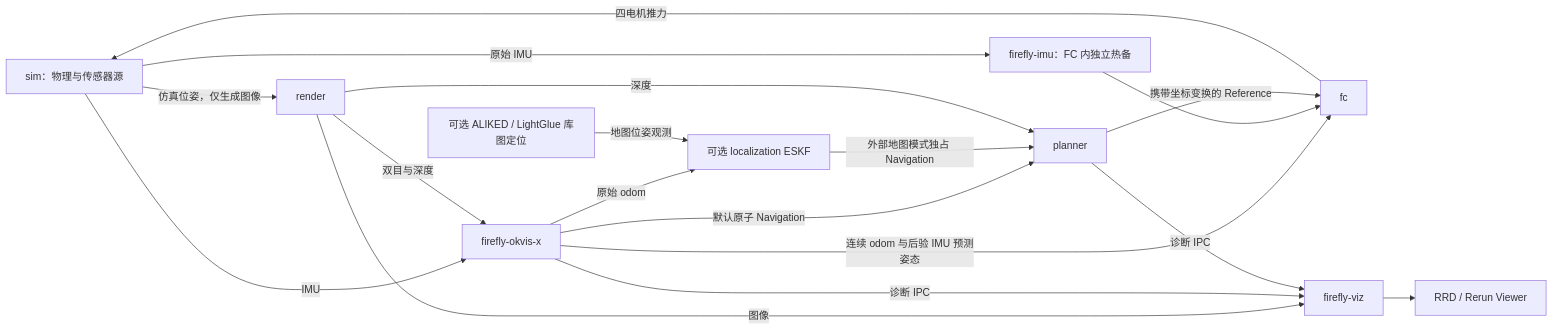
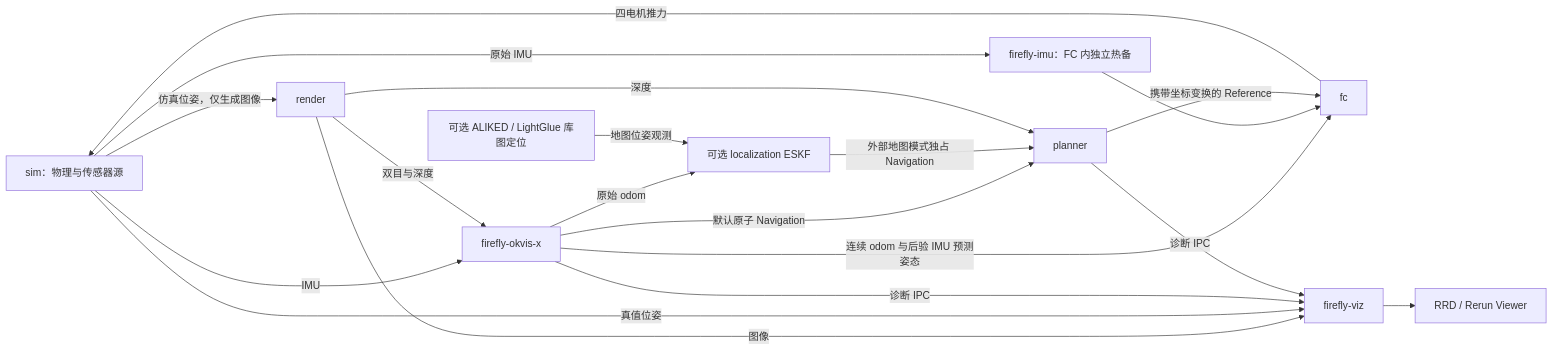
The first of 2 diagrams in docs/architecture.md (3SE-Competitive-Robotics-Team/firefly), drawn with Mermaid before and after one commit. The commit also changed other lines of this file and 5 other files, not shown here.

````diff
--- a/docs/architecture.md
+++ b/docs/architecture.md
@@ -11,20 +11,21 @@
 ```mermaid
 flowchart LR
     SIM[sim：物理与传感器源] -->|IMU| V[firefly-okvis-x]
     SIM -->|仿真位姿，仅生成图像| R[render]
     R -->|双目与深度| V
     V -->|连续 odom 与后验 IMU 预测姿态| F[fc]
     SIM -->|原始 IMU| I[firefly-imu：FC 内独立热备]
     I --> F
     F -->|四电机推力| SIM
     V -->|默认原子 Navigation| P[planner]
     V -->|原始 odom| L[可选 localization ESKF]
     A[可选 ALIKED / LightGlue 库图定位] -->|地图位姿观测| L
     L -->|外部地图模式独占 Navigation| P
     R -->|深度| P
     P -->|携带坐标变换的 Reference| F
     R -->|图像| D[firefly-viz]
+    SIM -->|真值位姿| D
     V -->|诊断 IPC| D
     P -->|诊断 IPC| D
     D --> RRD[RRD / Rerun Viewer]
 ```
````
